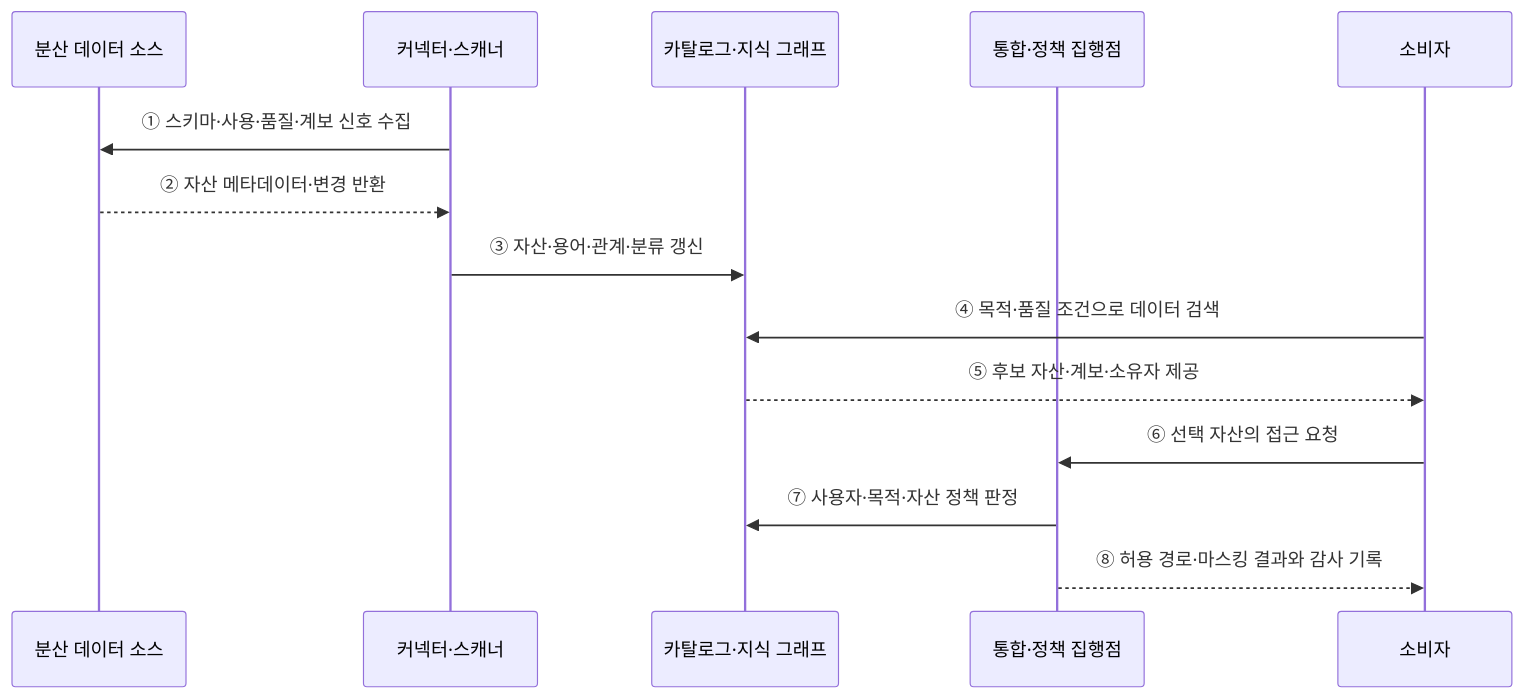
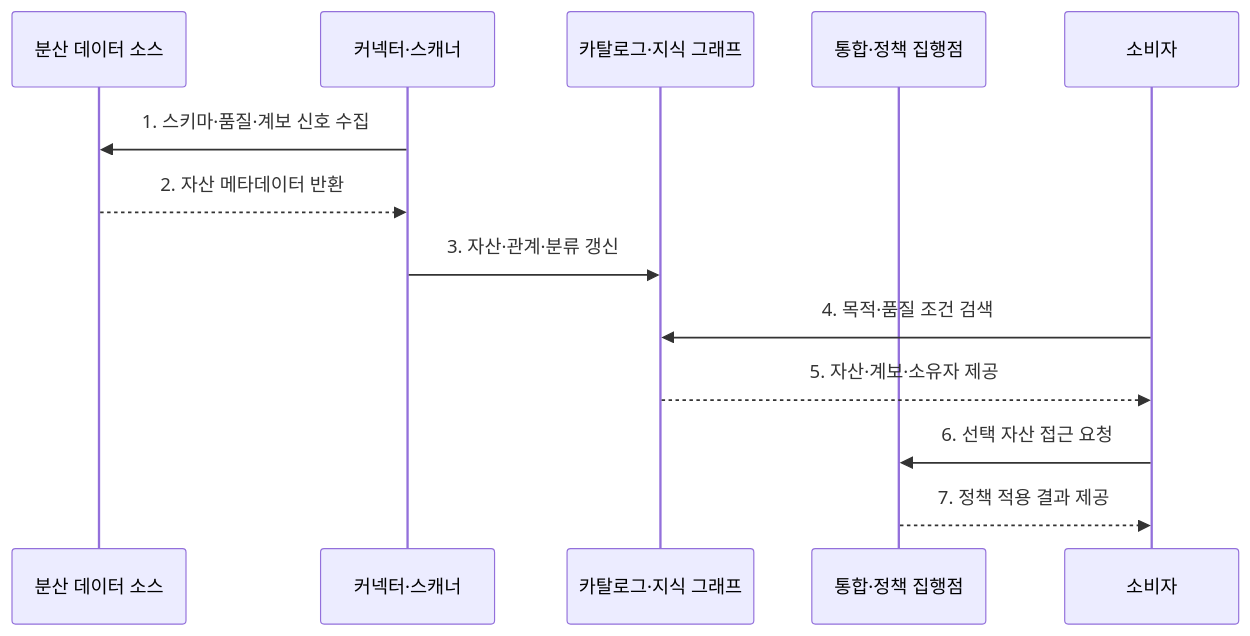
Before and after one commit to agnusdei1207/knowledge-base: the second of 2 diagrams in src/content/docs/notes/03-software/132_data_fabric.md, drawn with Mermaid. The commit also changed other lines of this file and 20 other files, not shown here.

````diff
--- a/src/content/docs/notes/03-software/132_data_fabric.md
+++ b/src/content/docs/notes/03-software/132_data_fabric.md
@@ -72,16 +79,15 @@
 ```mermaid
 sequenceDiagram
     participant S as 분산 데이터 소스
     participant C as 커넥터·스캐너
     participant K as 카탈로그·지식 그래프
     participant E as 통합·정책 집행점
     participant U as 소비자
-    C->>S: ① 스키마·사용·품질·계보 신호 수집
-    S-->>C: ② 자산 메타데이터·변경 반환
-    C->>K: ③ 자산·용어·관계·분류 갱신
-    U->>K: ④ 목적·품질 조건으로 데이터 검색
-    K-->>U: ⑤ 후보 자산·계보·소유자 제공
-    U->>E: ⑥ 선택 자산의 접근 요청
-    E->>K: ⑦ 사용자·목적·자산 정책 판정
-    E-->>U: ⑧ 허용 경로·마스킹 결과와 감사 기록
+    C->>S: 1. 스키마·품질·계보 신호 수집
+    S-->>C: 2. 자산 메타데이터 반환
+    C->>K: 3. 자산·관계·분류 갱신
+    U->>K: 4. 목적·품질 조건 검색
+    K-->>U: 5. 자산·계보·소유자 제공
+    U->>E: 6. 선택 자산 접근 요청
+    E-->>U: 7. 정책 적용 결과 제공
 ```
````
